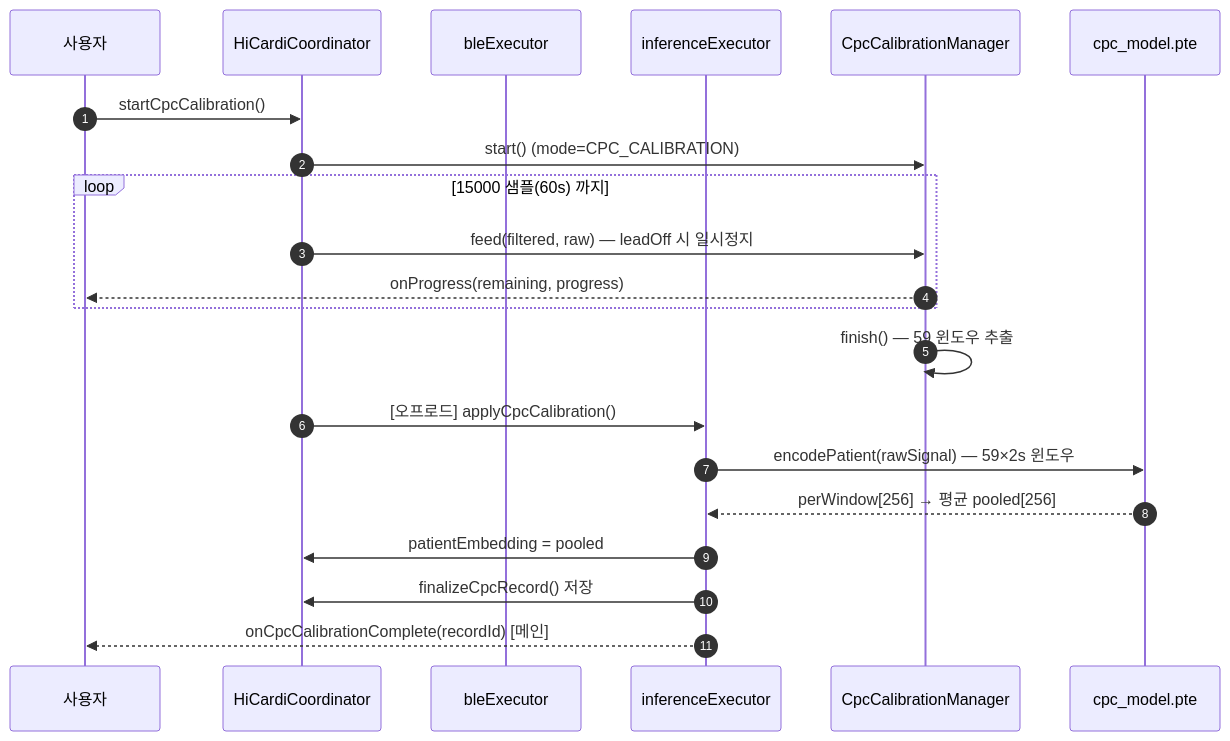
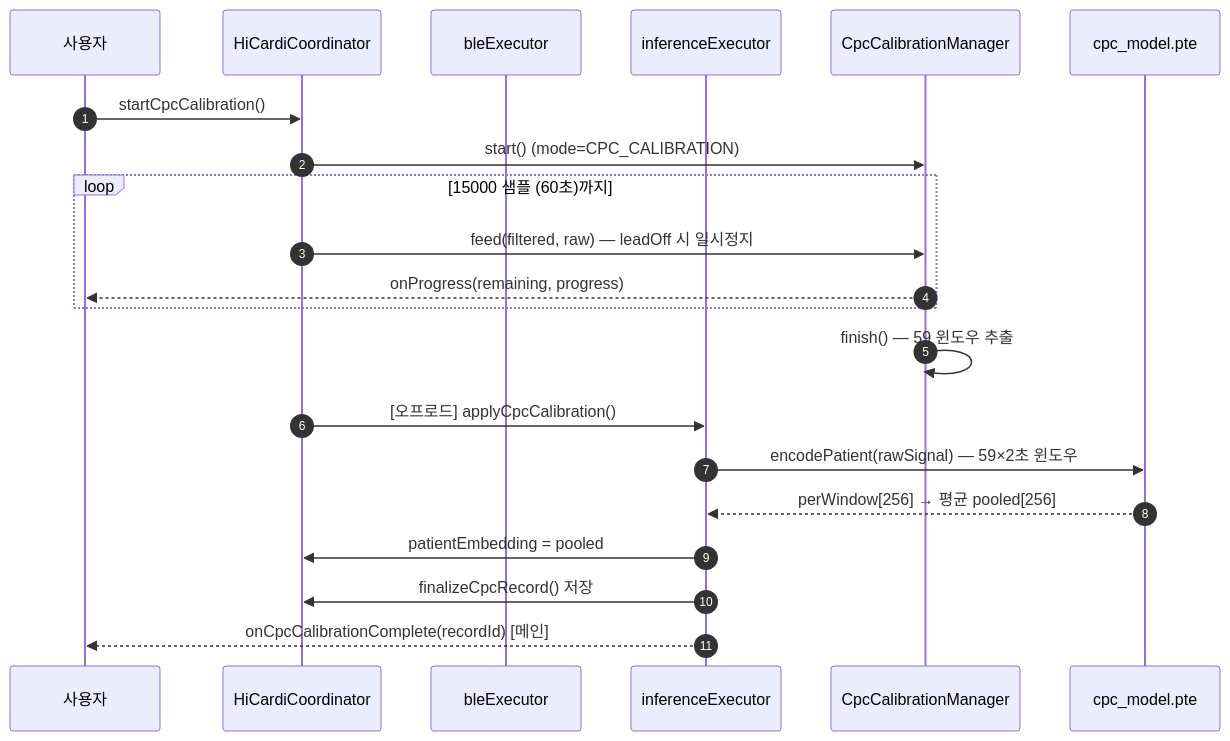
Before and after one commit to h4xryu/ECG-Realtime-monitor: the eighth of 12 diagrams in docs/DESIGN_SPEC.md, drawn with Mermaid. The commit also changed other lines of this file, not shown here.

````diff
--- a/docs/DESIGN_SPEC.md
+++ b/docs/DESIGN_SPEC.md
@@ -396,24 +592,24 @@
 ```mermaid
 sequenceDiagram
   autonumber
   participant U as 사용자
   participant C as HiCardiCoordinator
   participant EX as bleExecutor
   participant IE as inferenceExecutor
   participant CM as CpcCalibrationManager
   participant CR as cpc_model.pte
 
   U->>C: startCpcCalibration()
   C->>CM: start() (mode=CPC_CALIBRATION)
-  loop 15000 샘플(60s) 까지
+  loop 15000 샘플 (60초)까지
     C->>CM: feed(filtered, raw) — leadOff 시 일시정지
     CM-->>U: onProgress(remaining, progress)
   end
   CM->>CM: finish() — 59 윈도우 추출
   C->>IE: [오프로드] applyCpcCalibration()
-  IE->>CR: encodePatient(rawSignal) — 59×2s 윈도우
+  IE->>CR: encodePatient(rawSignal) — 59×2초 윈도우
   CR-->>IE: perWindow[256] → 평균 pooled[256]
   IE->>C: patientEmbedding = pooled
   IE->>C: finalizeCpcRecord() 저장
   IE-->>U: onCpcCalibrationComplete(recordId) [메인]
 ```
````
